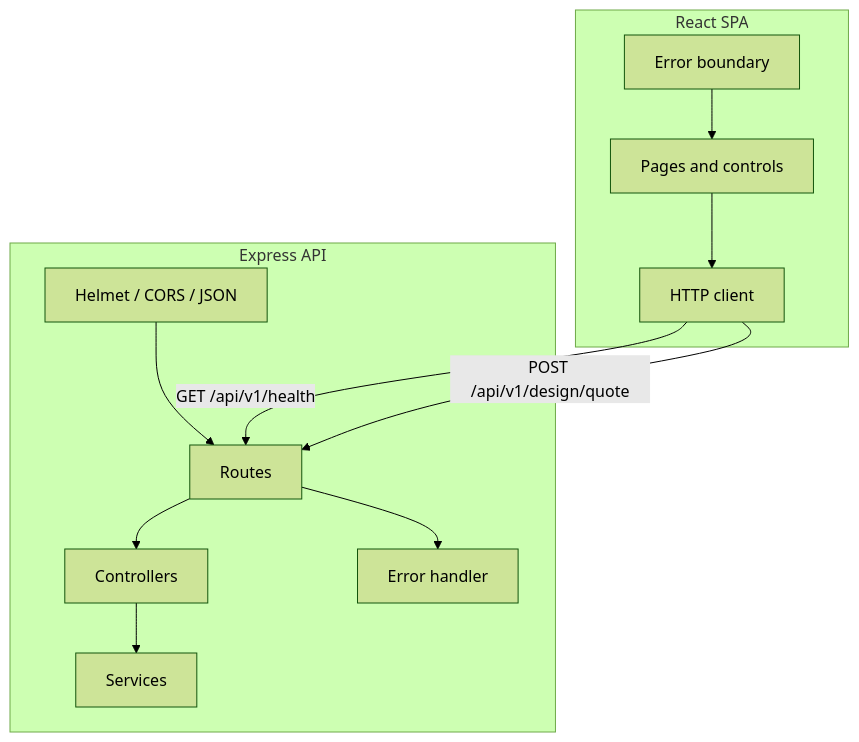
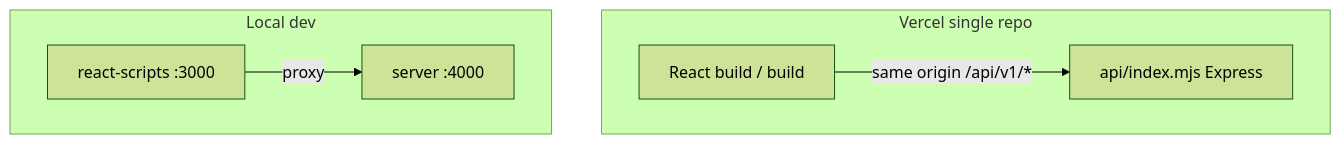
The diagram in README.md (Meshalkhan/NS-Customization), drawn with Mermaid (forest theme) before and after one commit. The commit also changed other lines of this file and 19 other files, not shown here.

````diff
--- a/README.md
+++ b/README.md
@@ -74,23 +80,13 @@
 ```mermaid
 flowchart TB
-  subgraph client [React SPA]
-    UI[Pages and controls]
-    HC[HTTP client]
-    EB[Error boundary]
-    UI --> HC
-    EB --> UI
+  subgraph vercel [Vercel single repo]
+    SPA[React build / build]
+    API[api/index.mjs Express]
+    SPA -->|same origin /api/v1/*| API
   end
-  subgraph server [Express API]
-    MW[Helmet / CORS / JSON]
-    R[Routes]
-    C[Controllers]
-    S[Services]
-    EH[Error handler]
-    MW --> R
-    R --> C
-    C --> S
-    R --> EH
+  subgraph local [Local dev]
+    WEB[react-scripts :3000]
+    SRV[server :4000]
+    WEB -->|proxy| SRV
   end
-  HC -->|"GET /api/v1/health"| R
-  HC -->|"POST /api/v1/design/quote"| R
 ```
````
